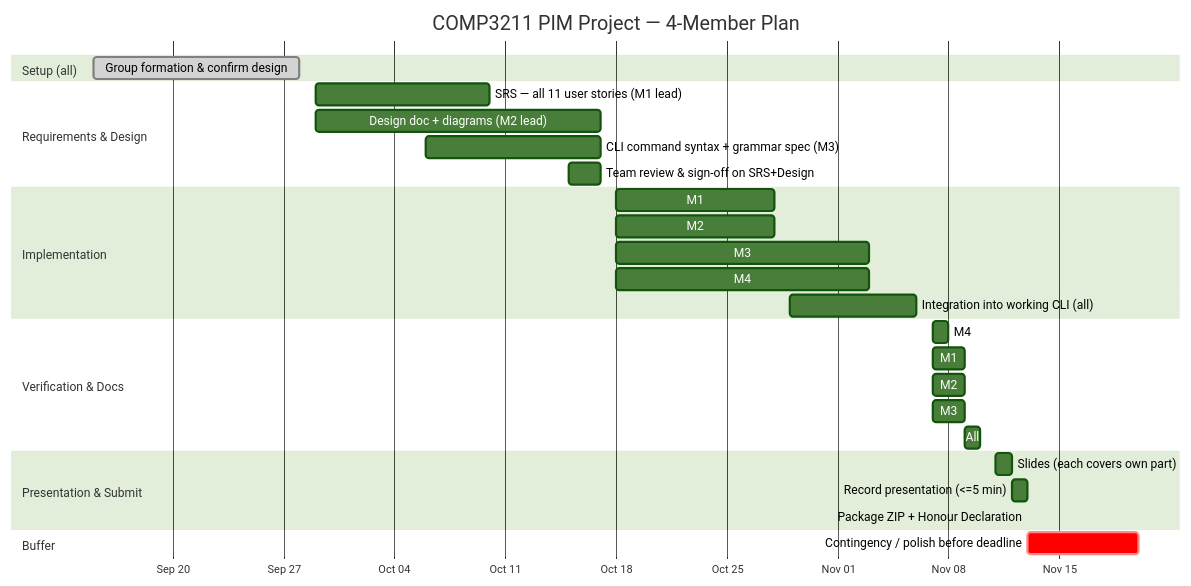
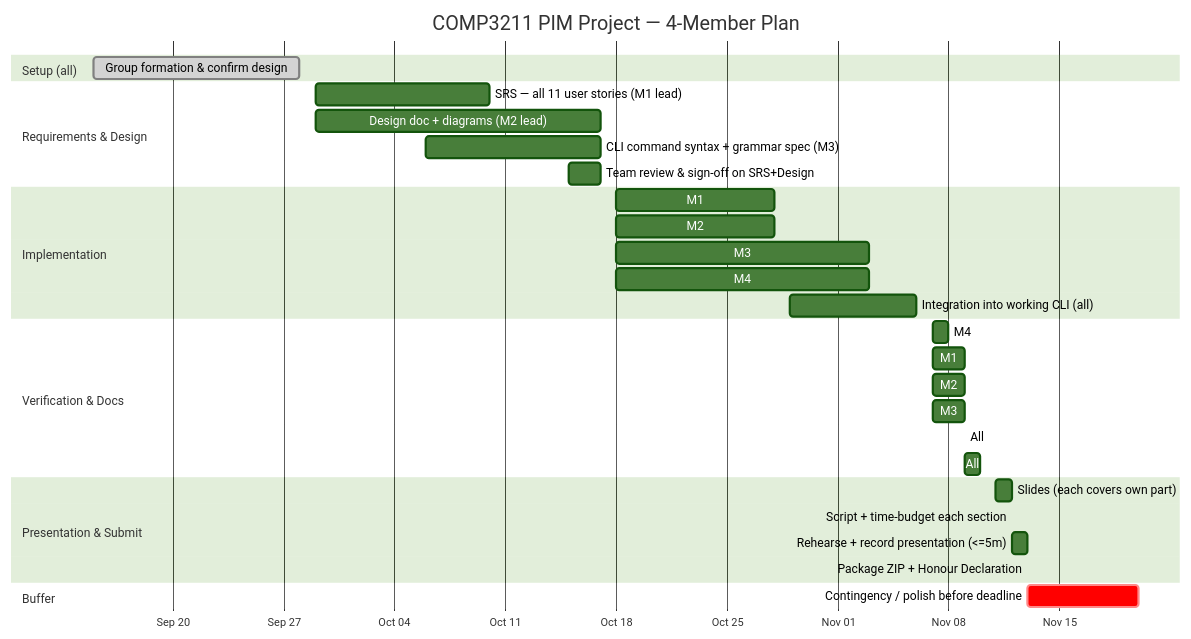
One commit to PushinP44/COMP3211_SWE_Project-PIM changed the diagram in docs/superpowers/specs/2026-09-15-pim-cli-system-design.md. Above: the diagram before and after it, drawn with Mermaid (forest theme). The commit also changed other lines of this file, not shown here.

````diff
--- a/docs/superpowers/specs/2026-09-15-pim-cli-system-design.md
+++ b/docs/superpowers/specs/2026-09-15-pim-cli-system-design.md
@@ -161,38 +269,40 @@
 ```mermaid
 gantt
     title COMP3211 PIM Project — 4-Member Plan
     dateFormat YYYY-MM-DD
     axisFormat %b %d
     todayMarker off
 
     section Setup (all)
     Group formation & confirm design      :done, setup1, 2026-09-15, 2026-09-28
 
     section Requirements & Design
     SRS — all 11 user stories (M1 lead)   :srs, 2026-09-29, 2026-10-10
     Design doc + diagrams (M2 lead)       :design, 2026-09-29, 2026-10-17
     CLI command syntax + grammar spec (M3):grammar, 2026-10-06, 2026-10-17
     Team review & sign-off on SRS+Design  :review1, 2026-10-15, 2026-10-17
 
     section Implementation
     M1: Note + Contact classes & tests    :m1impl, 2026-10-18, 2026-10-28
     M2: Task + Event classes & tests      :m2impl, 2026-10-18, 2026-10-28
     M3: Criterion parser + Controller     :m3impl, 2026-10-18, 2026-11-03
     M4: Repository + Storage + View       :m4impl, 2026-10-18, 2026-11-03
     Integration into working CLI (all)    :integ, 2026-10-29, 2026-11-06
 
     section Verification & Docs
     M4: Test coverage report              :cov, 2026-11-07, 2026-11-08
     M1: User manual                       :usrman, 2026-11-07, 2026-11-09
     M2: Developer manual                  :devman, 2026-11-07, 2026-11-09
     M3: Requirements coverage table        :reqcov, 2026-11-07, 2026-11-09
-    All: Record demo video (<=4 min)      :video, 2026-11-09, 2026-11-10
+    All: Video storyboard/script (<=4 min):vidscript, 2026-11-09, 2026-11-09
+    All: Record + edit demo video         :video, 2026-11-09, 2026-11-10
 
     section Presentation & Submit
     Slides (each covers own part)         :slides, 2026-11-11, 2026-11-12
-    Record presentation (<=5 min)         :present, 2026-11-12, 2026-11-13
+    Script + time-budget each section     :presscript, 2026-11-12, 2026-11-12
+    Rehearse + record presentation (<=5m) :present, 2026-11-12, 2026-11-13
     Package ZIP + Honour Declaration      :pkg, 2026-11-13, 2026-11-13
 
     section Buffer
     Contingency / polish before deadline  :crit, buffer, 2026-11-13, 2026-11-20
 ```
````
